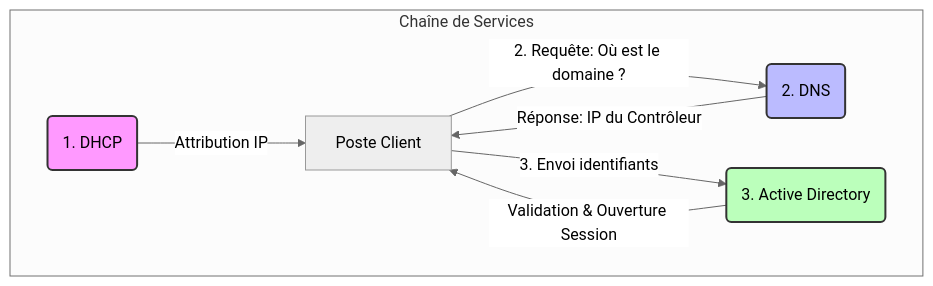
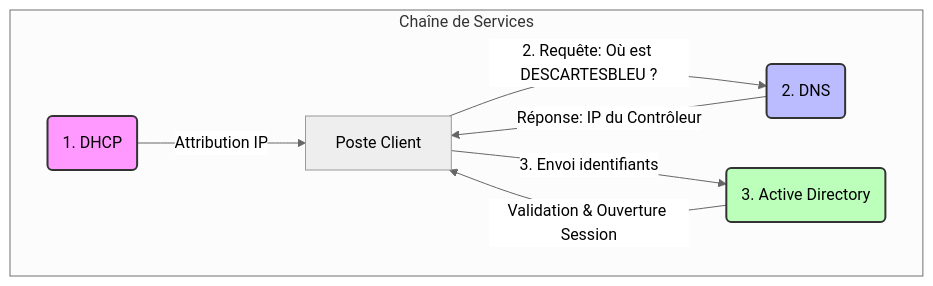
Before and after one commit to Trq-Builds/TP-Des-serveurs-aux-services: the diagram in README.md, drawn with Mermaid (neutral theme). The commit also changed other lines of this file, not shown here.

````diff
--- a/README.md
+++ b/README.md
@@ -90,17 +154,17 @@
 ```mermaid
 graph TD
     Client[Poste Client]
     
     subgraph "Chaîne de Services"
     Step1(1. DHCP) -->|Attribution IP| Client
-    Client -->|2. Requête: Où est le domaine ?| Step2(2. DNS)
+    Client -->|2. Requête: Où est DESCARTESBLEU ?| Step2(2. DNS)
     Step2 -->|Réponse: IP du Contrôleur| Client
     Client -->|3. Envoi identifiants| Step3(3. Active Directory)
     Step3 -->|Validation & Ouverture Session| Client
     end
     
     style Step1 fill:#f9f,stroke:#333,stroke-width:2px
     style Step2 fill:#bbf,stroke:#333,stroke-width:2px
     style Step3 fill:#bfb,stroke:#333,stroke-width:2px
 
 ```
````
